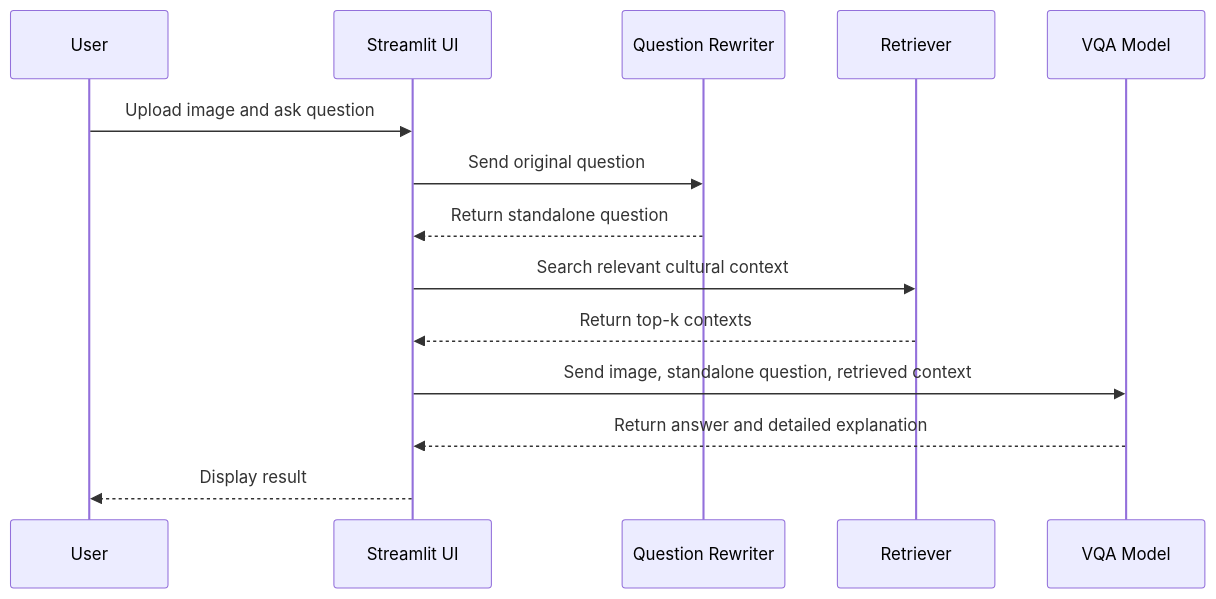
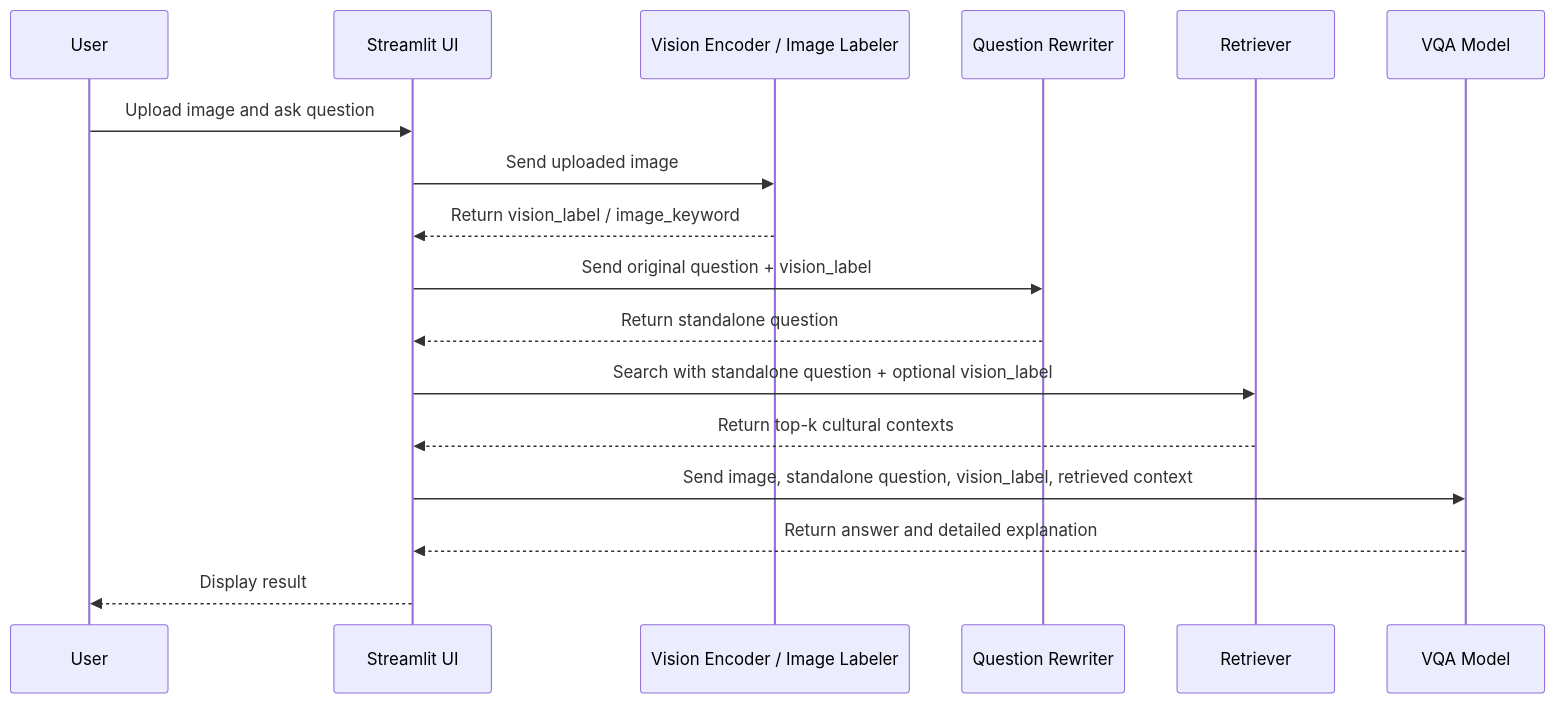
One commit to nphoang-itus/vie-cultural-nlp-sl-fithcmus changed the fourth of 5 diagrams in README.md. Above: the diagram before and after it, drawn with Mermaid. The commit also changed 14 other files, not shown here.

Commit message:
Implement standalone question generation and related configurations

````diff
--- a/README.md
+++ b/README.md
@@ -109,17 +109,23 @@
 ```mermaid
 sequenceDiagram
     participant User
     participant UI as Streamlit UI
+    participant Vision as Vision Encoder / Image Labeler
     participant SQ as Question Rewriter
     participant RAG as Retriever
     participant Model as VQA Model
 
     User->>UI: Upload image and ask question
-    UI->>SQ: Send original question
+    UI->>Vision: Send uploaded image
+    Vision-->>UI: Return vision_label / image_keyword
+
+    UI->>SQ: Send original question + vision_label
     SQ-->>UI: Return standalone question
-    UI->>RAG: Search relevant cultural context
-    RAG-->>UI: Return top-k contexts
-    UI->>Model: Send image, standalone question, retrieved context
+
+    UI->>RAG: Search with standalone question + optional vision_label
+    RAG-->>UI: Return top-k cultural contexts
+
+    UI->>Model: Send image, standalone question, vision_label, retrieved context
     Model-->>UI: Return answer and detailed explanation
     UI-->>User: Display result
 ```
````
